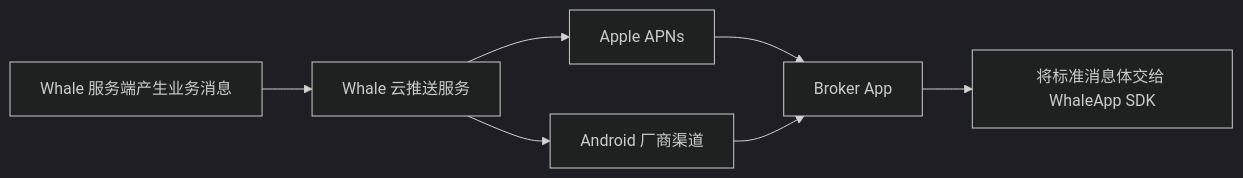
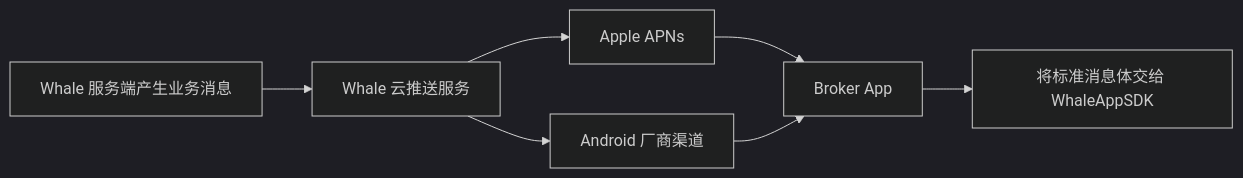
The first of 2 diagrams in docs/zh-CN/docs/message-push.mdx (longbridge/whale-docs), drawn with Mermaid (dark theme) before and after one commit. The commit also changed other lines of this file and 120 other files, not shown here.

````diff
--- a/docs/zh-CN/docs/message-push.mdx
+++ b/docs/zh-CN/docs/message-push.mdx
@@ -33,9 +33,9 @@
 ```mermaid
 flowchart LR
     A[Whale 服务端产生业务消息] --> B[Whale 云推送服务]
     B --> C[Apple APNs]
     B --> D[Android 厂商渠道]
     C --> E[Broker App]
     D --> E
-    E --> F[将标准消息体交给 WhaleApp SDK]
+    E --> F[将标准消息体交给 WhaleAppSDK]
 ```
````
